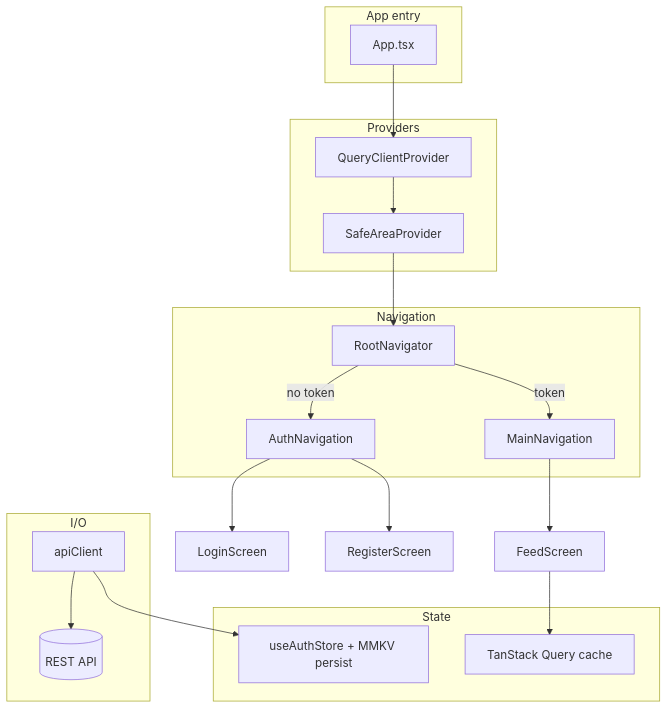
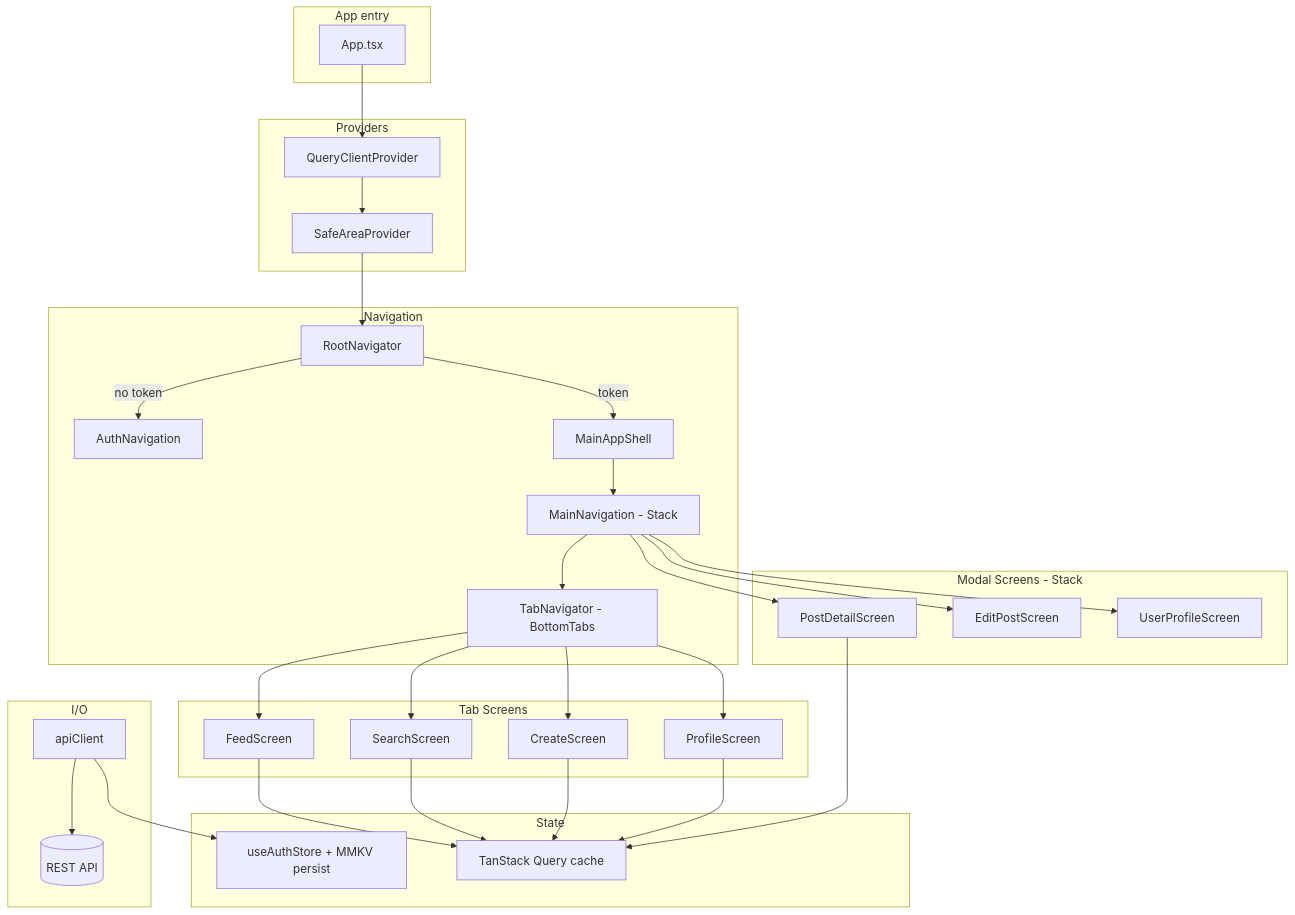
One commit to ma-molinari/m-feed-app changed the diagram in docs/ARCHITECTURE.md. Above: the diagram before and after it, drawn with Mermaid. The commit also changed other lines of this file and 8 other files, not shown here.

````diff
--- a/docs/ARCHITECTURE.md
+++ b/docs/ARCHITECTURE.md
@@ -7,32 +7,45 @@
 ```mermaid
 flowchart TB
   subgraph app [App entry]
     AppTsx[App.tsx]
   end
   subgraph providers [Providers]
     RQ[QueryClientProvider]
     Safe[SafeAreaProvider]
   end
   subgraph nav [Navigation]
     Root[RootNavigator]
     Auth[AuthNavigation]
-    Main[MainNavigation]
+    Shell[MainAppShell]
+    Main[MainNavigation - Stack]
+    Tabs[TabNavigator - BottomTabs]
+  end
+  subgraph tabs [Tab Screens]
+    Feed[FeedScreen]
+    Search[SearchScreen]
+    Create[CreateScreen]
+    Profile[ProfileScreen]
+  end
+  subgraph modal [Modal Screens - Stack]
+    PostDetail[PostDetailScreen]
+    EditPost[EditPostScreen]
+    UserProfile[UserProfileScreen]
   end
   subgraph state [State]
     Zustand[useAuthStore + MMKV persist]
     RQCache[TanStack Query cache]
   end
   subgraph io [I/O]
     Axios[apiClient]
     API[(REST API)]
   end
   AppTsx --> RQ --> Safe --> Root
-  Root -->|token| Main
+  Root -->|token| Shell --> Main
   Root -->|no token| Auth
-  Main --> Feed[FeedScreen]
-  Auth --> Login[LoginScreen]
-  Auth --> Register[RegisterScreen]
+  Main --> Tabs
+  Tabs --> Feed & Search & Create & Profile
+  Main --> PostDetail & EditPost & UserProfile
   Axios --> Zustand
   Axios --> API
-  Feed --> RQCache
+  Feed & Search & Create & Profile & PostDetail --> RQCache
 ```
````
